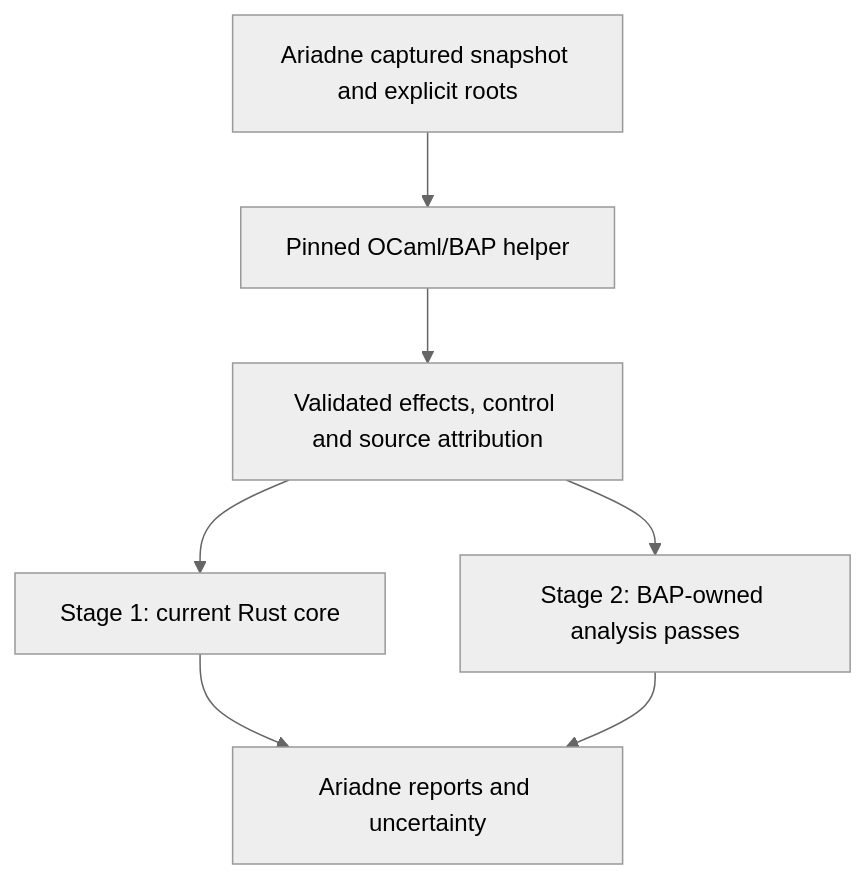
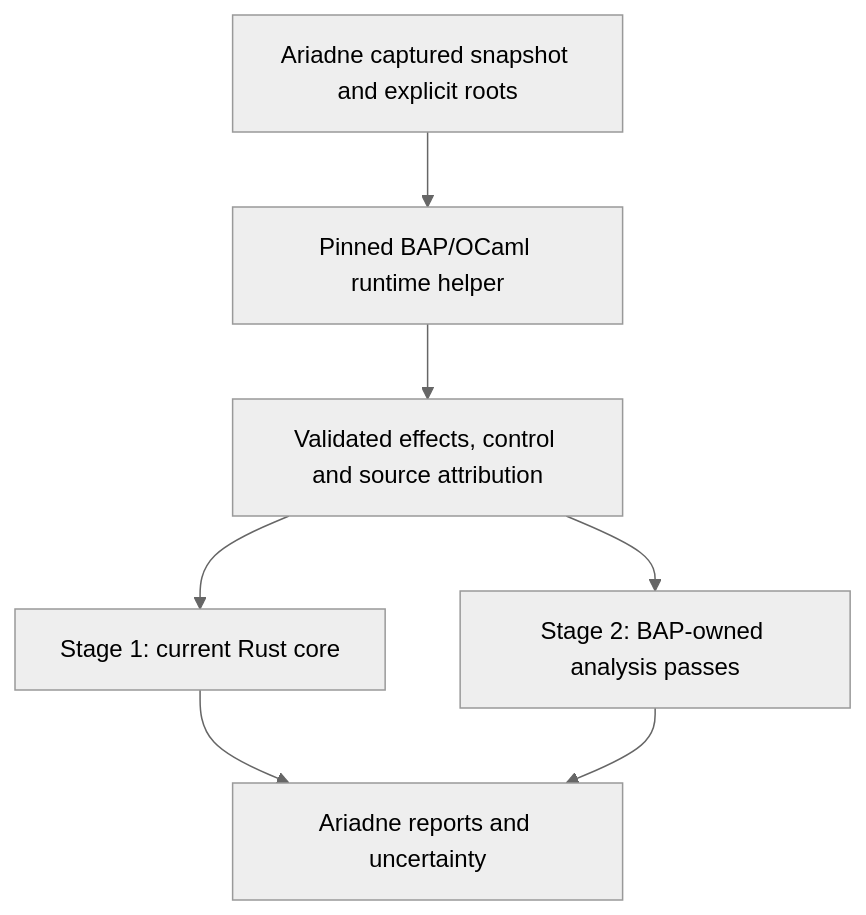
One commit to NzSN/Ariadne changed the diagram in Plans/bap-integration.md. Above: the diagram before and after it, drawn with Mermaid (neutral theme). The commit also changed other lines of this file and 70 other files, not shown here.

````diff
--- a/Plans/bap-integration.md
+++ b/Plans/bap-integration.md
@@ -17,9 +22,9 @@
 ```mermaid
 flowchart TD
-    Capture["Ariadne captured snapshot and explicit roots"] --> BAP["Pinned OCaml/BAP helper"]
+    Capture["Ariadne captured snapshot and explicit roots"] --> BAP["Pinned BAP/OCaml runtime helper"]
     BAP --> Project["Validated effects, control and source attribution"]
     Project --> Rust["Stage 1: current Rust core"]
     Project --> Core["Stage 2: BAP-owned analysis passes"]
     Rust --> Reports["Ariadne reports and uncertainty"]
     Core --> Reports
 ```
````
